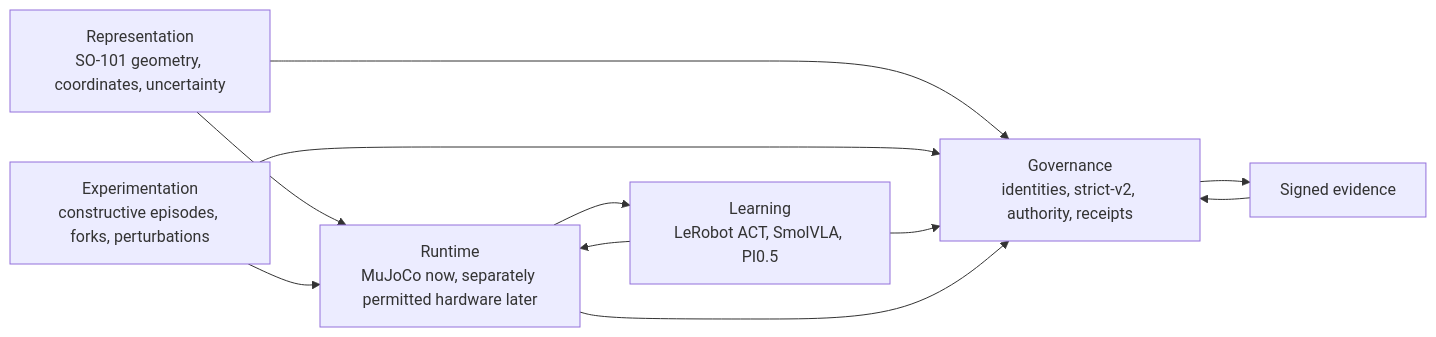
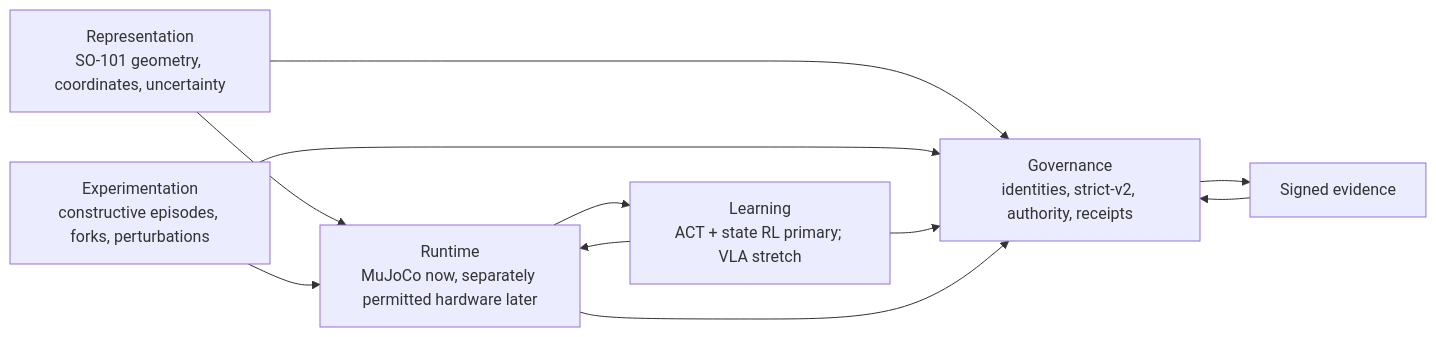
One commit to jakekinchen/sim-link changed the first of 4 diagrams in reconstruction-kit/ARCHITECTURE.md. Above: the diagram before and after it, drawn with Mermaid. The commit also changed other lines of this file and 19 other files, not shown here.

````diff
--- a/reconstruction-kit/ARCHITECTURE.md
+++ b/reconstruction-kit/ARCHITECTURE.md
@@ -17,20 +17,20 @@
 ```mermaid
 flowchart LR
     R[Representation\nSO-101 geometry, coordinates, uncertainty]
     X[Experimentation\nconstructive episodes, forks, perturbations]
-    L[Learning\nLeRobot ACT, SmolVLA, PI0.5]
+    L[Learning\nACT + state RL primary; VLA stretch]
     U[Runtime\nMuJoCo now, separately permitted hardware later]
     G[Governance\nidentities, strict-v2, authority, receipts]
     E[Signed evidence]
 
     R --> U
     X --> U
     U --> L
     L --> U
     R --> G
     X --> G
     L --> G
     U --> G
     G --> E
     E --> G
 ```
````
